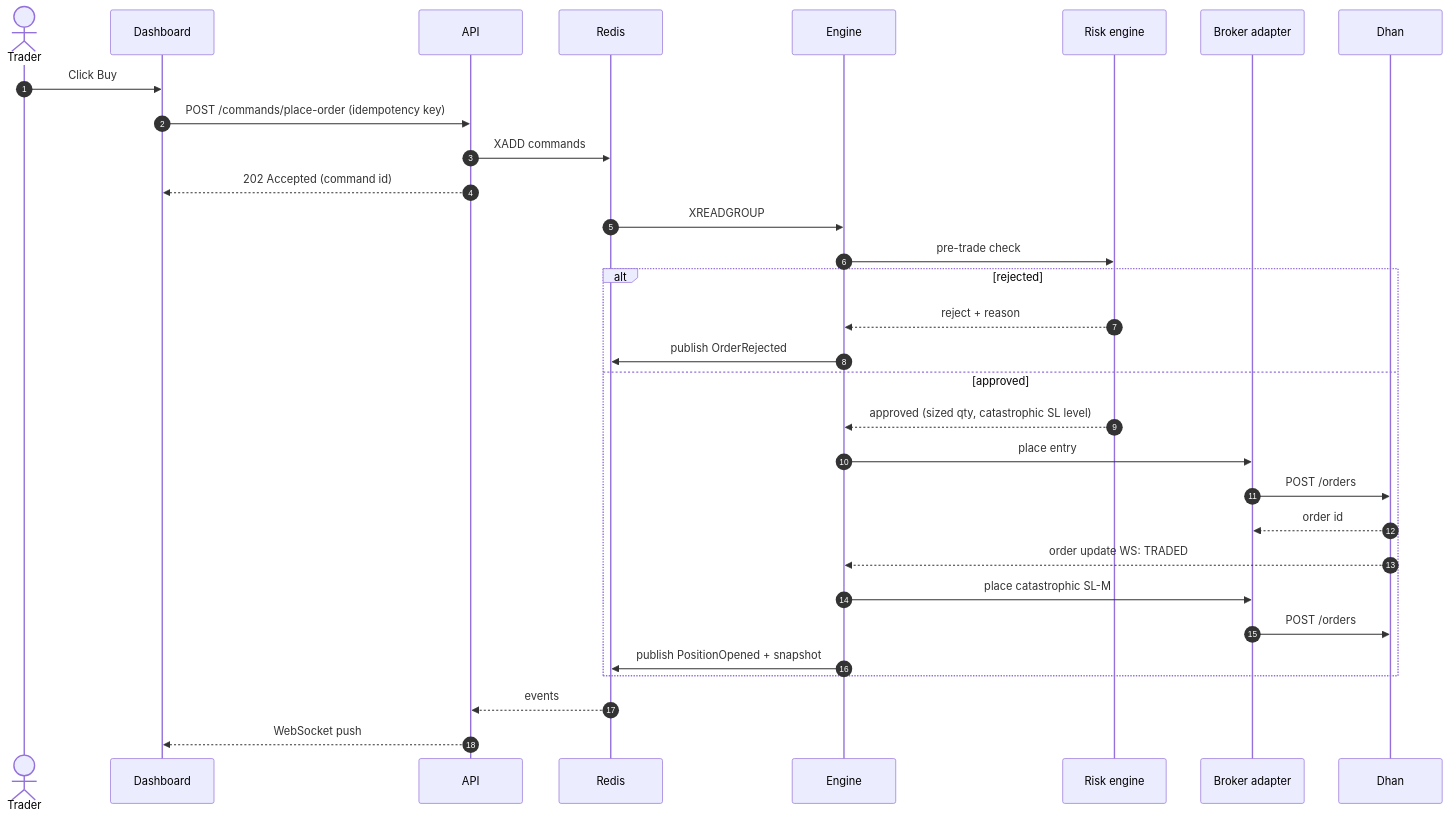
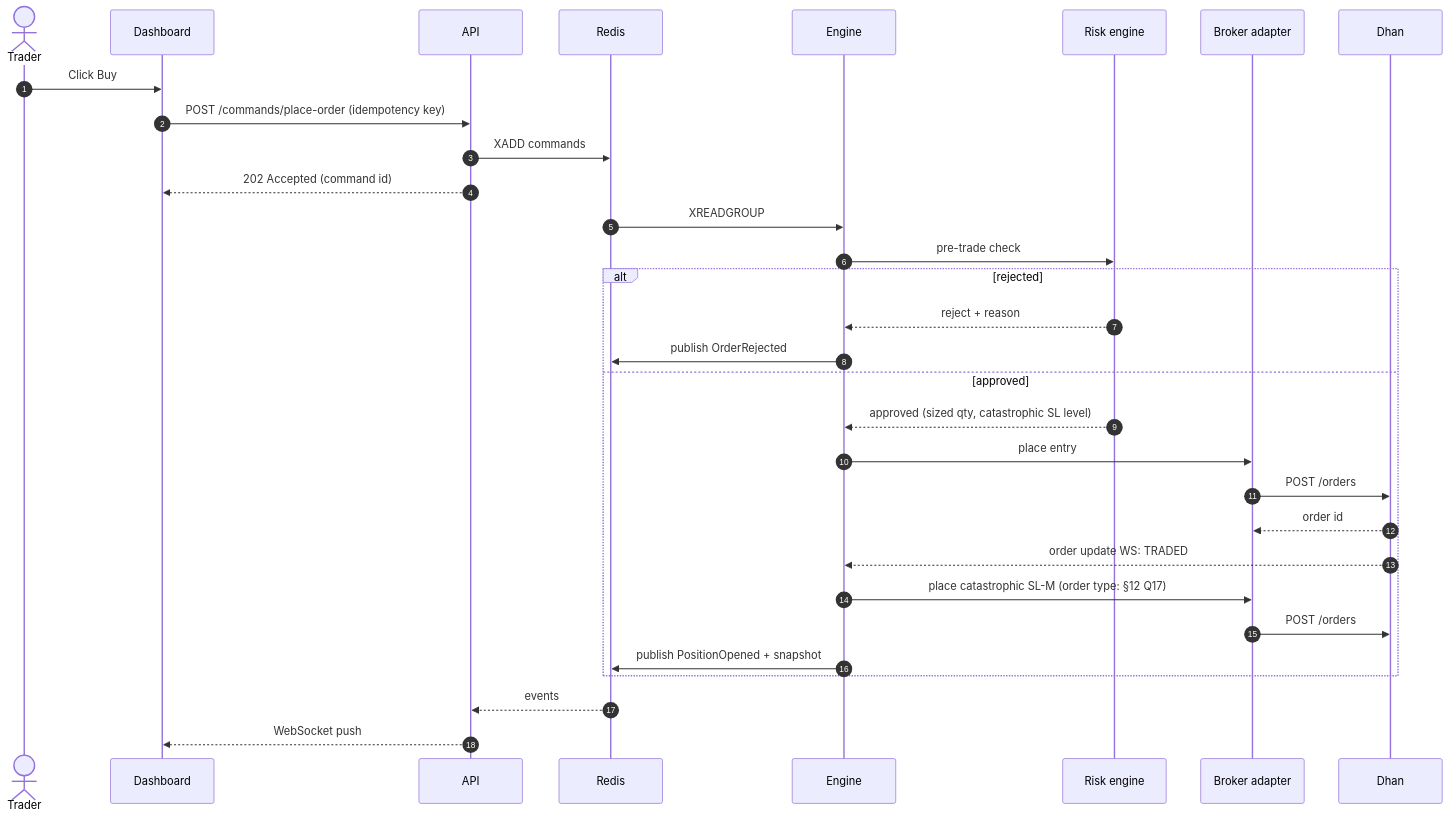
One commit to balaji-murugesan/SentinelX changed the third of 9 diagrams in PRD.md. Above: the diagram before and after it, drawn with Mermaid. The commit also changed other lines of this file and 7 other files, not shown here.

````diff
--- a/PRD.md
+++ b/PRD.md
@@ -134,34 +144,34 @@
 ```mermaid
 sequenceDiagram
     autonumber
     actor T as Trader
     participant W as Dashboard
     participant A as API
     participant R as Redis
     participant E as Engine
     participant K as Risk engine
     participant B as Broker adapter
     participant D as Dhan
 
     T->>W: Click Buy
     W->>A: POST /commands/place-order (idempotency key)
     A->>R: XADD commands
     A-->>W: 202 Accepted (command id)
     R->>E: XREADGROUP
     E->>K: pre-trade check
     alt rejected
         K-->>E: reject + reason
         E->>R: publish OrderRejected
     else approved
         K-->>E: approved (sized qty, catastrophic SL level)
         E->>B: place entry
         B->>D: POST /orders
         D-->>B: order id
         D-->>E: order update WS: TRADED
-        E->>B: place catastrophic SL-M
+        E->>B: place catastrophic SL-M (order type: §12 Q17)
         B->>D: POST /orders
         E->>R: publish PositionOpened + snapshot
     end
     R-->>A: events
     A-->>W: WebSocket push
 ```
````
